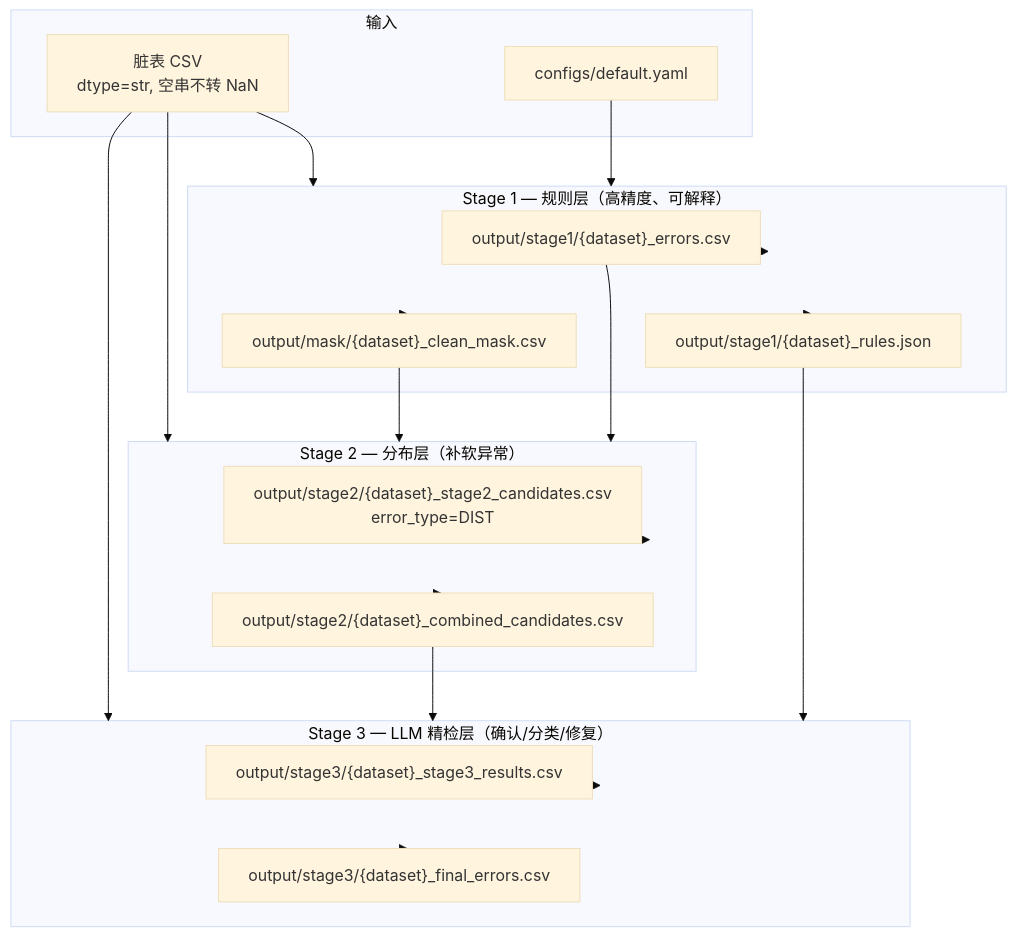
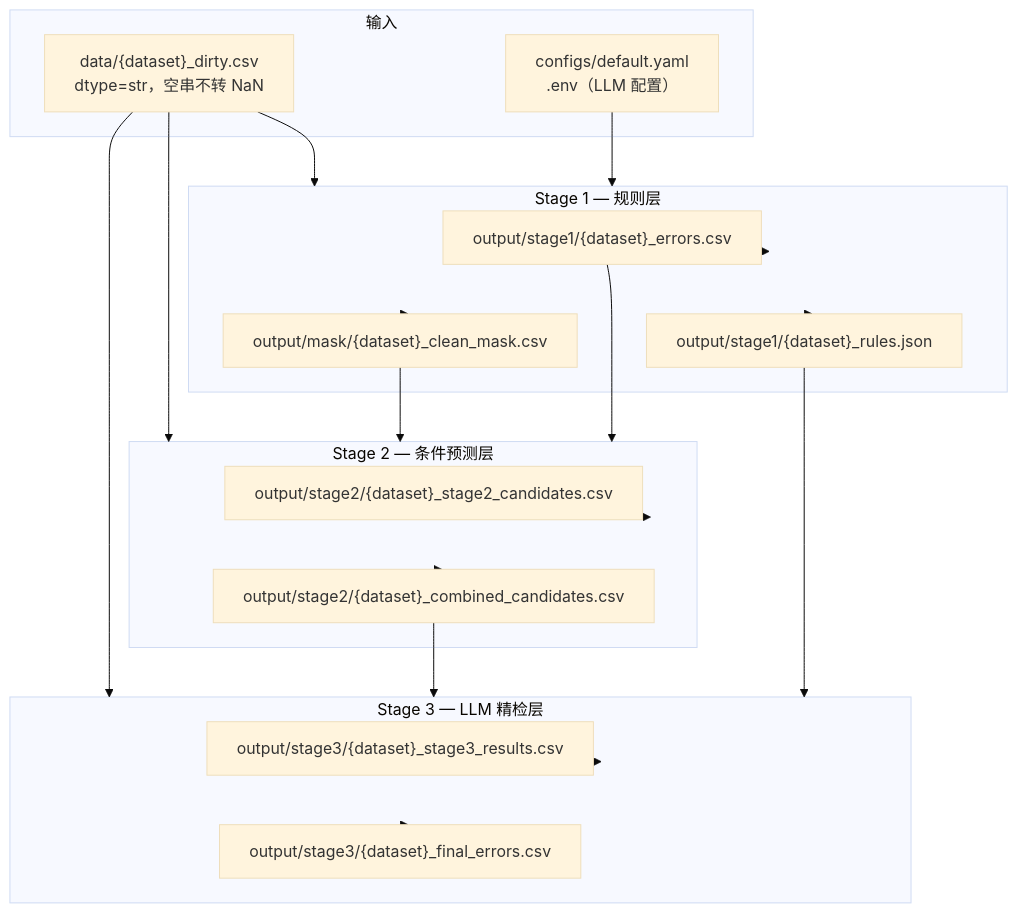
Before and after one commit to 1993371829/error_detect: the second of 5 diagrams in PIPELINE.md, drawn with Mermaid (base theme). The commit also changed other lines of this file, not shown here.

````diff
--- a/PIPELINE.md
+++ b/PIPELINE.md
@@ -210,37 +76,37 @@
 ```mermaid
 flowchart TB
     subgraph INPUT["输入"]
-        CSV["脏表 CSV<br/>dtype=str, 空串不转 NaN"]
-        CFG1["configs/default.yaml"]
+        D["data/{dataset}_dirty.csv<br/>dtype=str，空串不转 NaN"]
+        CFG["configs/default.yaml<br/>.env（LLM 配置）"]
     end
 
-    subgraph S1["Stage 1 — 规则层（高精度、可解释）"]
-        S1_OUT1["output/stage1/{dataset}_errors.csv"]
-        S1_OUT2["output/stage1/{dataset}_rules.json"]
-        S1_OUT3["output/mask/{dataset}_clean_mask.csv"]
+    subgraph S1["Stage 1 — 规则层"]
+        E1["output/stage1/{dataset}_errors.csv"]
+        R["output/stage1/{dataset}_rules.json"]
+        M["output/mask/{dataset}_clean_mask.csv"]
     end
 
-    subgraph S2["Stage 2 — 分布层（补软异常）"]
-        S2_OUT1["output/stage2/{dataset}_stage2_candidates.csv<br/>error_type=DIST"]
-        S2_OUT2["output/stage2/{dataset}_combined_candidates.csv"]
+    subgraph S2["Stage 2 — 条件预测层"]
+        E2["output/stage2/{dataset}_stage2_candidates.csv"]
+        COMB["output/stage2/{dataset}_combined_candidates.csv"]
     end
 
-    subgraph S3["Stage 3 — LLM 精检层（确认/分类/修复）"]
-        S3_OUT1["output/stage3/{dataset}_stage3_results.csv"]
-        S3_OUT2["output/stage3/{dataset}_final_errors.csv"]
+    subgraph S3["Stage 3 — LLM 精检层"]
+        RES["output/stage3/{dataset}_stage3_results.csv"]
+        FIN["output/stage3/{dataset}_final_errors.csv"]
     end
 
-    CSV --> S1
-    CFG1 --> S1
-    S1 --> S1_OUT1 & S1_OUT2 & S1_OUT3
+    D --> S1
+    CFG --> S1
+    S1 --> E1 & R & M
 
-    CSV --> S2
-    S1_OUT3 --> S2
-    S1_OUT1 --> S2
-    S2 --> S2_OUT1 & S2_OUT2
+    D --> S2
+    M --> S2
+    E1 --> S2
+    S2 --> E2 & COMB
 
-    CSV --> S3
-    S2_OUT2 --> S3
-    S1_OUT2 --> S3
-    S3 --> S3_OUT1 & S3_OUT2
+    D --> S3
+    COMB --> S3
+    R --> S3
+    S3 --> RES & FIN
 ```
````
